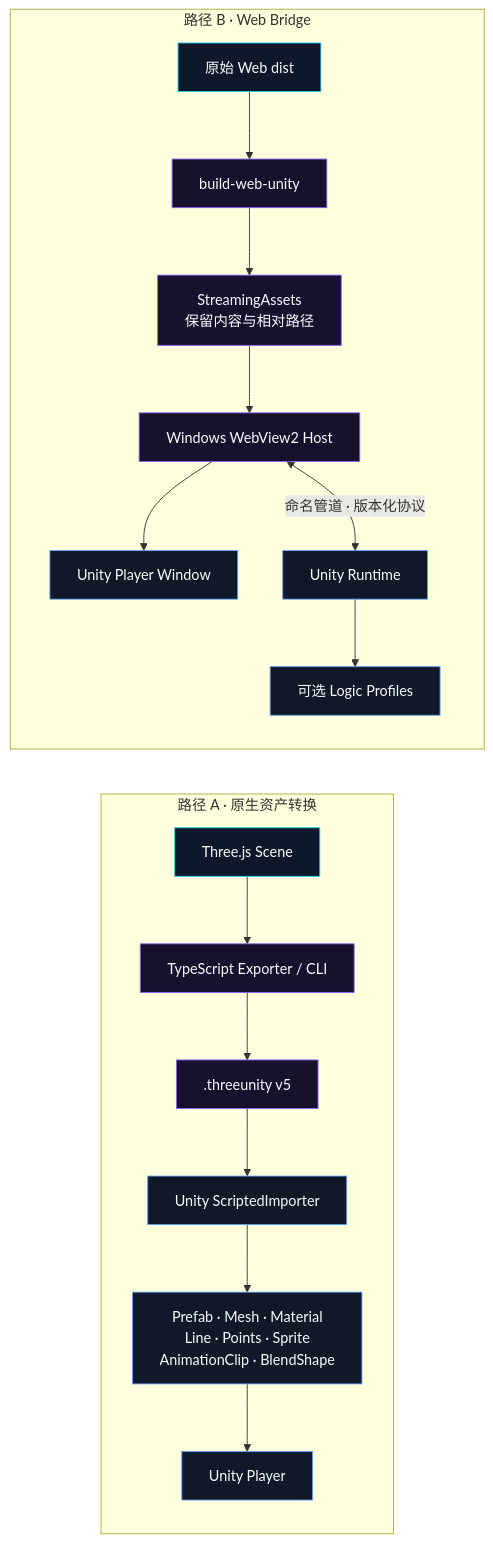
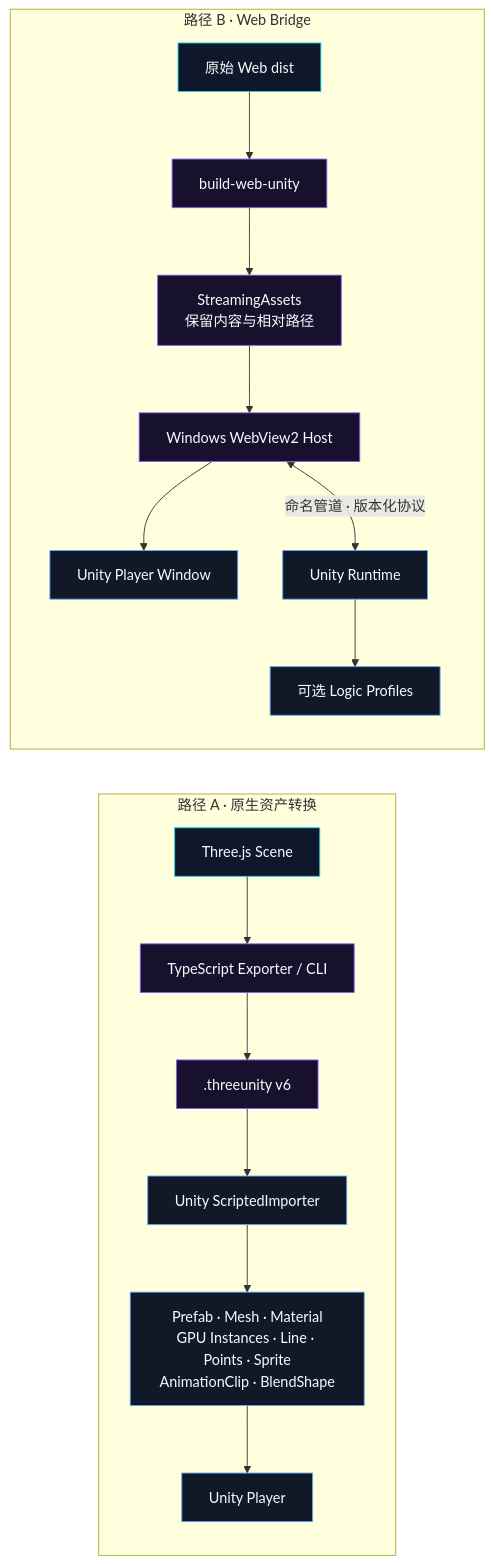
One commit to mohui666/three-unity-bridge changed the diagram in README.md. Above: the diagram before and after it, drawn with Mermaid. The commit also changed other lines of this file and 18 other files, not shown here.

````diff
--- a/README.md
+++ b/README.md
@@ -57,26 +57,26 @@
 ```mermaid
 flowchart LR
   subgraph Asset["路径 A · 原生资产转换"]
     Scene["Three.js Scene"] --> Exporter["TypeScript Exporter / CLI"]
-    Exporter --> Document[".threeunity v5"]
+    Exporter --> Document[".threeunity v6"]
     Document --> Importer["Unity ScriptedImporter"]
-    Importer --> Assets["Prefab · Mesh · Material<br/>Line · Points · Sprite<br/>AnimationClip · BlendShape"]
+    Importer --> Assets["Prefab · Mesh · Material<br/>GPU Instances · Line · Points · Sprite<br/>AnimationClip · BlendShape"]
     Assets --> NativePlayer["Unity Player"]
   end
 
   subgraph Web["路径 B · Web Bridge"]
     Dist["原始 Web dist"] --> Pack["build-web-unity"]
     Pack --> Streaming["StreamingAssets<br/>保留内容与相对路径"]
     Streaming --> Host["Windows WebView2 Host"]
     Host --> WebPlayer["Unity Player Window"]
     Host <-->|"命名管道 · 版本化协议"| Runtime["Unity Runtime"]
     Runtime --> Profiles["可选 Logic Profiles"]
   end
 
   classDef source fill:#0f172a,stroke:#22d3ee,color:#f8fafc;
   classDef bridge fill:#18112e,stroke:#8b5cf6,color:#f8fafc;
   classDef unity fill:#111827,stroke:#60a5fa,color:#f8fafc;
   class Scene,Dist source;
   class Exporter,Document,Pack,Streaming,Host bridge;
   class Importer,Assets,NativePlayer,WebPlayer,Runtime,Profiles unity;
 ```
````
